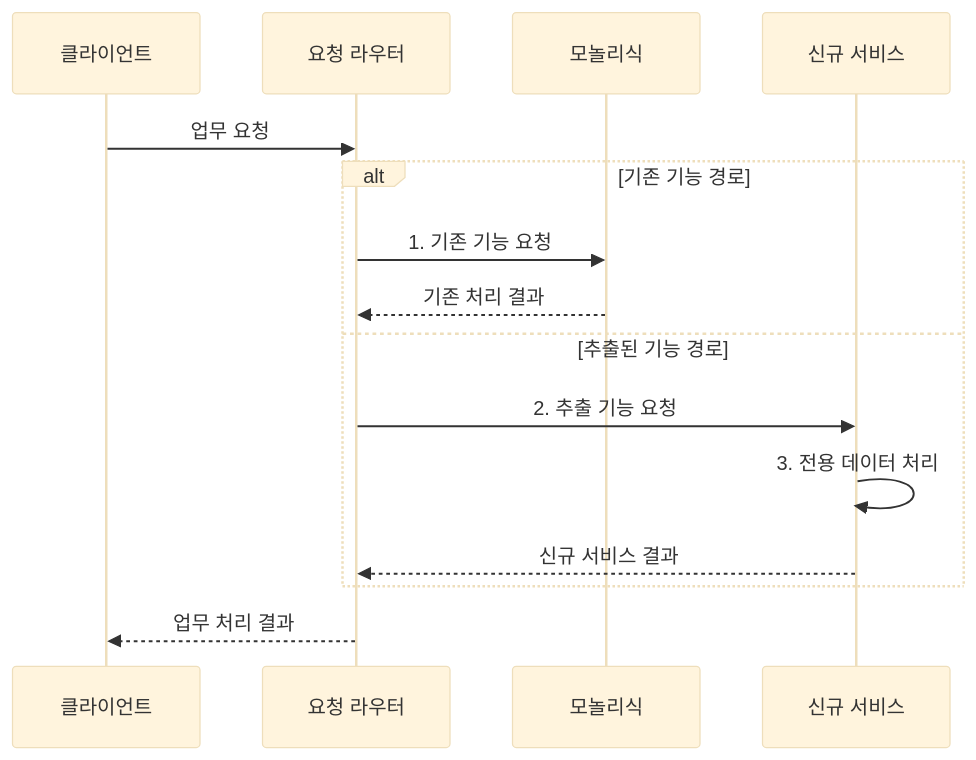
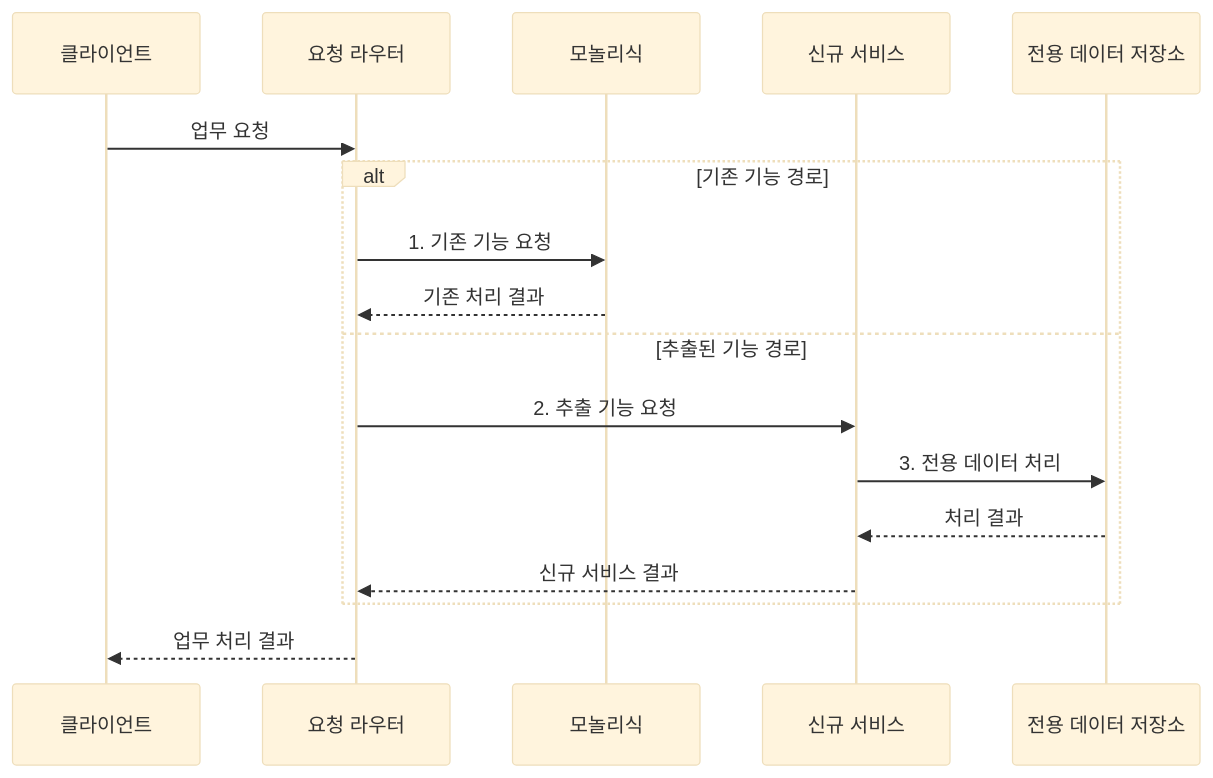
One commit to agnusdei1207/knowledge-base changed the second of 2 diagrams in src/content/docs/notes/03-software/051_monolith_vs_microservice.md. Above: the diagram before and after it, drawn with Mermaid (base theme). The commit also changed other lines of this file and 10 other files, not shown here.

````diff
--- a/src/content/docs/notes/03-software/051_monolith_vs_microservice.md
+++ b/src/content/docs/notes/03-software/051_monolith_vs_microservice.md
@@ -104,17 +104,19 @@
 ```mermaid
 sequenceDiagram
     participant C as 클라이언트
     participant R as 요청 라우터
     participant M as 모놀리식
     participant S as 신규 서비스
+    participant D as 전용 데이터 저장소
     C->>R: 업무 요청
     alt 기존 기능 경로
         R->>M: 1. 기존 기능 요청
         M-->>R: 기존 처리 결과
     else 추출된 기능 경로
         R->>S: 2. 추출 기능 요청
-        S->>S: 3. 전용 데이터 처리
+        S->>D: 3. 전용 데이터 처리
+        D-->>S: 처리 결과
         S-->>R: 신규 서비스 결과
     end
     R-->>C: 업무 처리 결과
 ```
````
